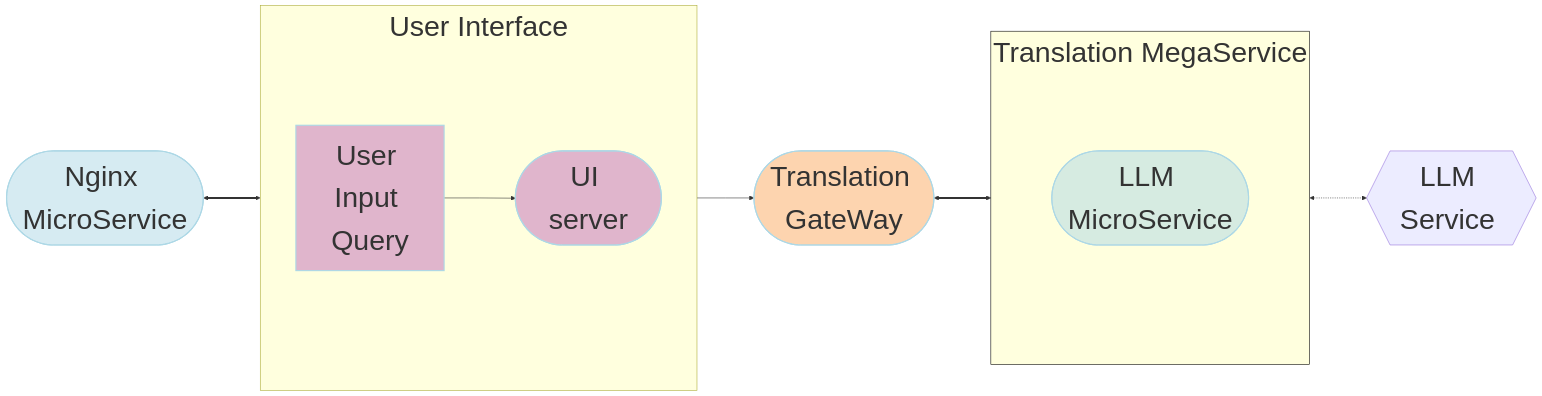
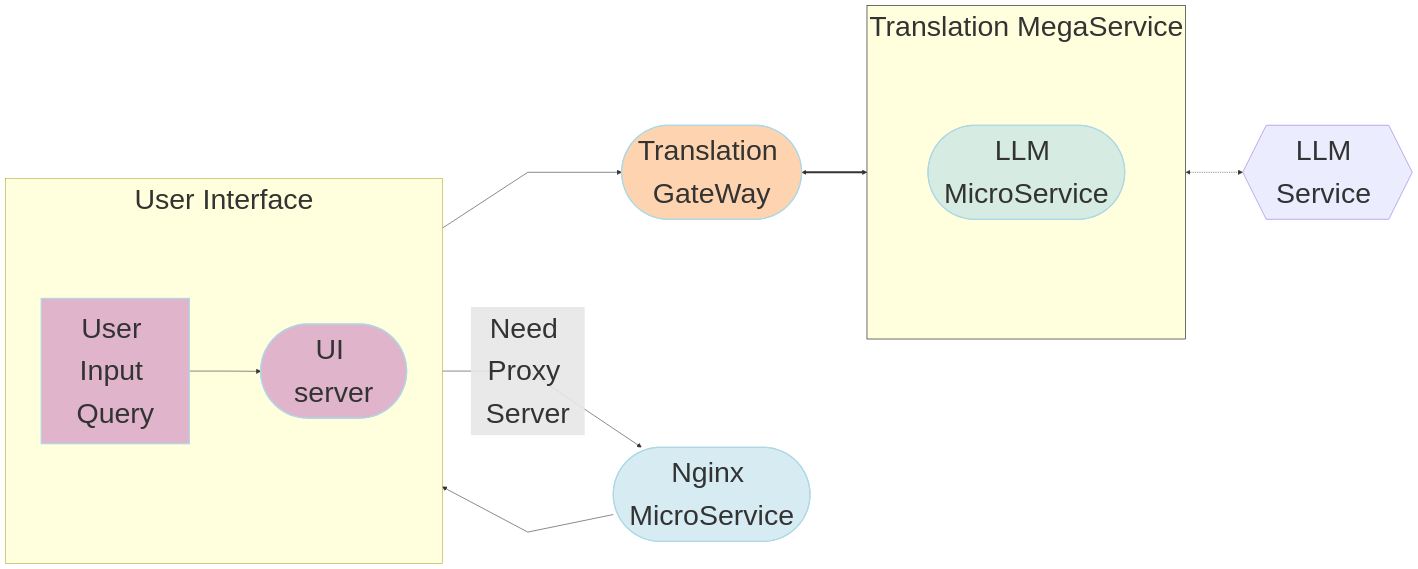
One commit to opea-project/GenAIExamples changed the diagram in Translation/README.md. Above: the diagram before and after it, drawn with Mermaid.

Commit message:
Update README.md for Nginx workflow

````diff
--- a/Translation/README.md
+++ b/Translation/README.md
@@ -11,48 +11,49 @@
 ```mermaid
 ---
 config:
   flowchart:
     nodeSpacing: 400
     rankSpacing: 100
     curve: linear
   themeVariables:
     fontSize: 50px
 ---
 flowchart LR
     %% Colors %%
     classDef blue fill:#ADD8E6,stroke:#ADD8E6,stroke-width:2px,fill-opacity:0.5
     classDef orange fill:#FBAA60,stroke:#ADD8E6,stroke-width:2px,fill-opacity:0.5
     classDef orchid fill:#C26DBC,stroke:#ADD8E6,stroke-width:2px,fill-opacity:0.5
     classDef invisible fill:transparent,stroke:transparent;
     style Translation-MegaService stroke:#000000
 
     %% Subgraphs %%
     subgraph Translation-MegaService["Translation MegaService "]
         direction LR
         LLM([LLM MicroService]):::blue
     end
     subgraph UserInterface[" User Interface "]
         direction LR
         a([User Input Query]):::orchid
         UI([UI server<br>]):::orchid
     end
 
 
     LLM_gen{{LLM Service <br>}}
     GW([Translation GateWay<br>]):::orange
     NG([Nginx MicroService]):::blue
 
 
     %% Questions interaction
     direction LR
-    NG <==> UserInterface
     a[User Input Query] --> UI
+    a[User Input Query] --> |Need Proxy Server|NG
+    NG --> UI
     UI --> GW
     GW <==> Translation-MegaService
 
 
     %% Embedding service flow
     direction LR
     LLM <-.-> LLM_gen
 
 ```
````
